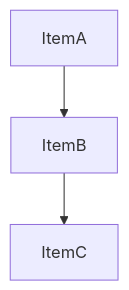
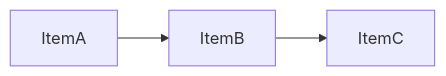
Before and after one commit to zluvsand/mermaid: the first of 6 diagrams in README.md, drawn with Mermaid. The commit also changed other lines of this file, not shown here.

Commit message:
Update orientation for flow charts

````diff
--- a/README.md
+++ b/README.md
@@ -4,4 +4,4 @@
 ```mermaid
-flowchart 
+flowchart LR
     ItemA-->ItemB-->ItemC
 ```
````
